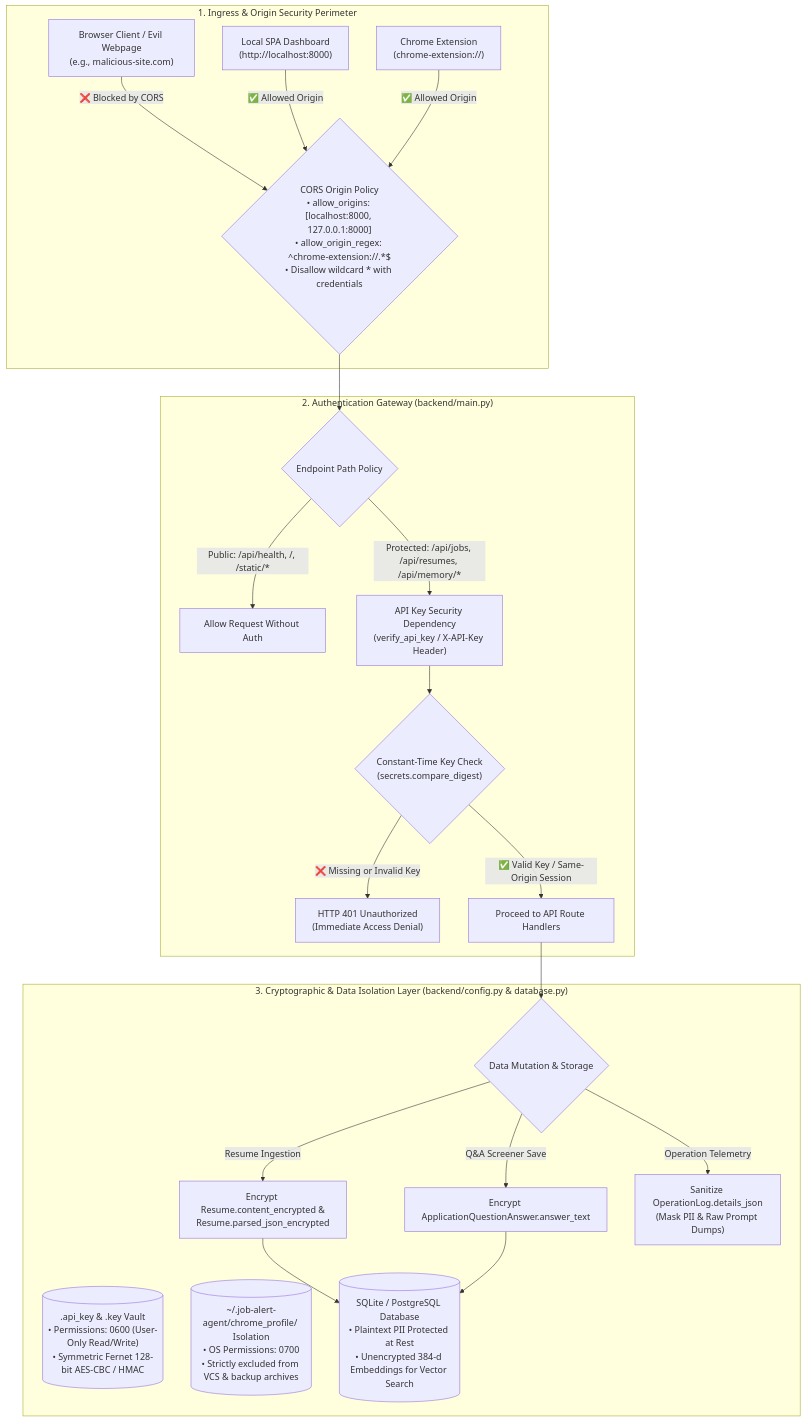
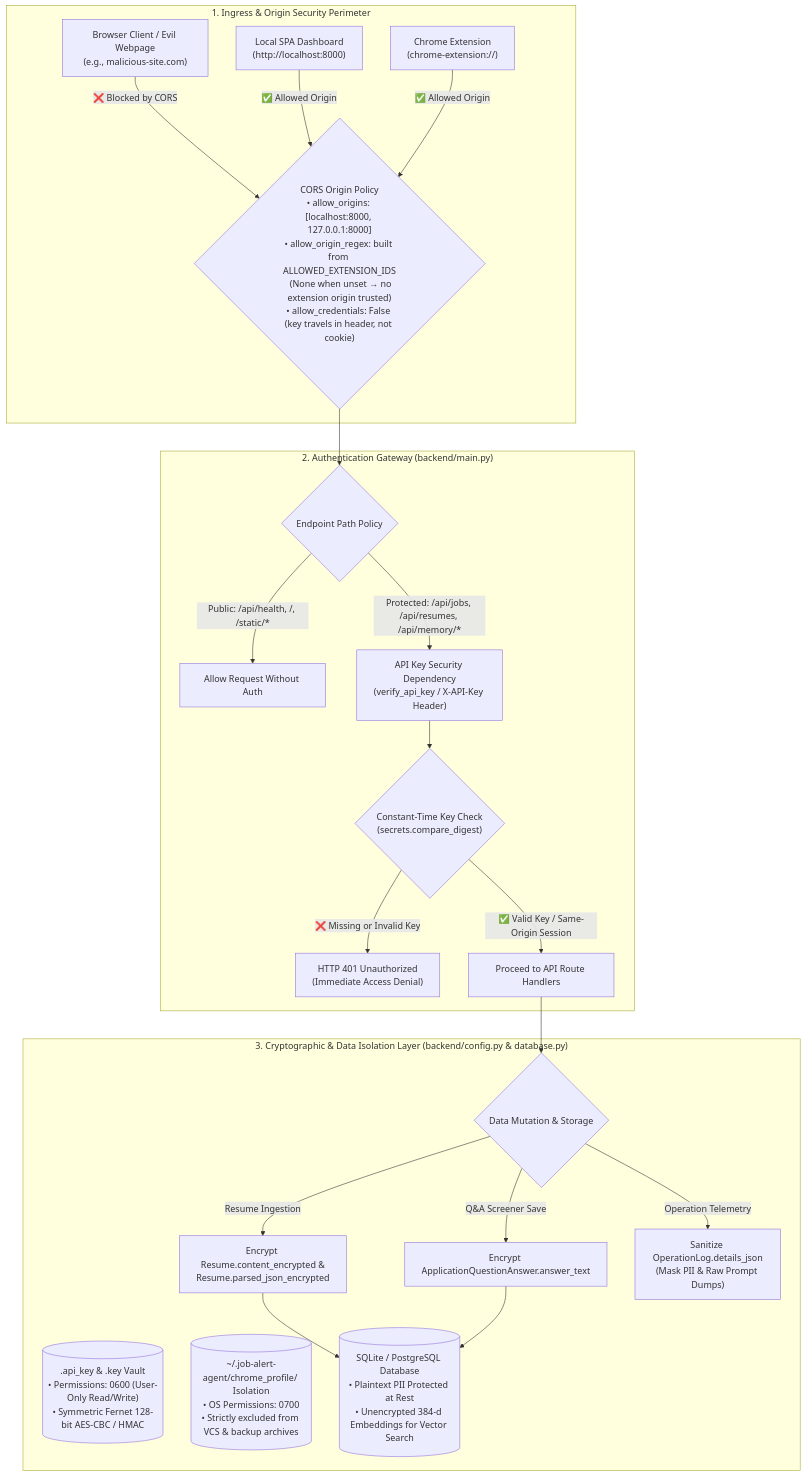
Diagram 14 of 30 in DESIGN_DIAGRAMS.md (nagapavan/job-alert-agent), drawn with Mermaid before and after one commit. The commit also changed other lines of this file and 11 other files, not shown here.

````diff
--- a/DESIGN_DIAGRAMS.md
+++ b/DESIGN_DIAGRAMS.md
@@ -378,35 +389,35 @@
 ```mermaid
 flowchart TD
     subgraph Ingress ["1. Ingress & Origin Security Perimeter"]
         BrowserClient["Browser Client / Evil Webpage\n(e.g., malicious-site.com)"]
         SPAClient["Local SPA Dashboard\n(http://localhost:8000)"]
         ExtClient["Chrome Extension\n(chrome-extension://<ID>)"]
         
-        CORSFirewall{"CORS Origin Policy\n• allow_origins: [localhost:8000, 127.0.0.1:8000]\n• allow_origin_regex: ^chrome-extension://.*$\n• Disallow wildcard * with credentials"}
+        CORSFirewall{"CORS Origin Policy\n• allow_origins: [localhost:8000, 127.0.0.1:8000]\n• allow_origin_regex: built from ALLOWED_EXTENSION_IDS\n  (None when unset → no extension origin trusted)\n• allow_credentials: False (key travels in header, not cookie)"}
         
         BrowserClient -->|❌ Blocked by CORS| CORSFirewall
         SPAClient & ExtClient -->|✅ Allowed Origin| CORSFirewall
     end
 
     subgraph AuthGateway ["2. Authentication Gateway (backend/main.py)"]
         CORSFirewall --> PathCheck{"Endpoint Path Policy"}
         PathCheck -->|Public: /api/health, /, /static/*| PublicPass["Allow Request Without Auth"]
         PathCheck -->|Protected: /api/jobs, /api/resumes, /api/memory/*| AuthCheck["API Key Security Dependency\n(verify_api_key / X-API-Key Header)"]
         
         AuthCheck --> KeyCompare{"Constant-Time Key Check\n(secrets.compare_digest)"}
         KeyCompare -->|❌ Missing or Invalid Key| Reject401["HTTP 401 Unauthorized\n(Immediate Access Denial)"]
         KeyCompare -->|✅ Valid Key / Same-Origin Session| AllowRequest["Proceed to API Route Handlers"]
     end
 
     subgraph CryptoLayer ["3. Cryptographic & Data Isolation Layer (backend/config.py & database.py)"]
         KeyStore[(".api_key & .key Vault\n• Permissions: 0600 (User-Only Read/Write)\n• Symmetric Fernet 128-bit AES-CBC / HMAC")]
         ProfileIsolation[("~/.job-alert-agent/chrome_profile/ Isolation\n• OS Permissions: 0700\n• Strictly excluded from VCS & backup archives")]
         
         AllowRequest --> DataOps{"Data Mutation & Storage"}
         DataOps -->|Resume Ingestion| EncResume["Encrypt Resume.content_encrypted &\nResume.parsed_json_encrypted"]
         DataOps -->|Q&A Screener Save| EncQA["Encrypt ApplicationQuestionAnswer.answer_text"]
         DataOps -->|Operation Telemetry| SanitizeLogs["Sanitize OperationLog.details_json\n(Mask PII & Raw Prompt Dumps)"]
         
         EncResume & EncQA --> EncryptedDB[("SQLite / PostgreSQL Database\n• Plaintext PII Protected at Rest\n• Unencrypted 384-d Embeddings for Vector Search")]
     end
 ```
````
